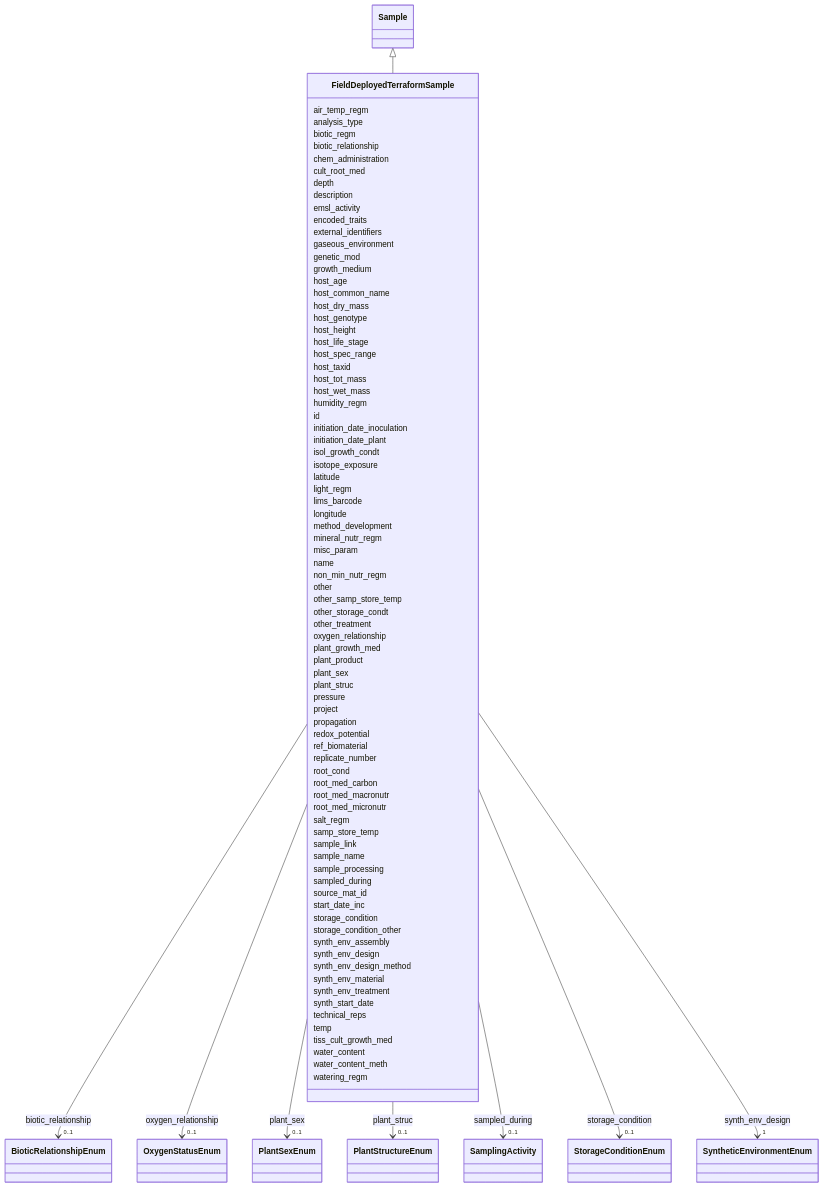
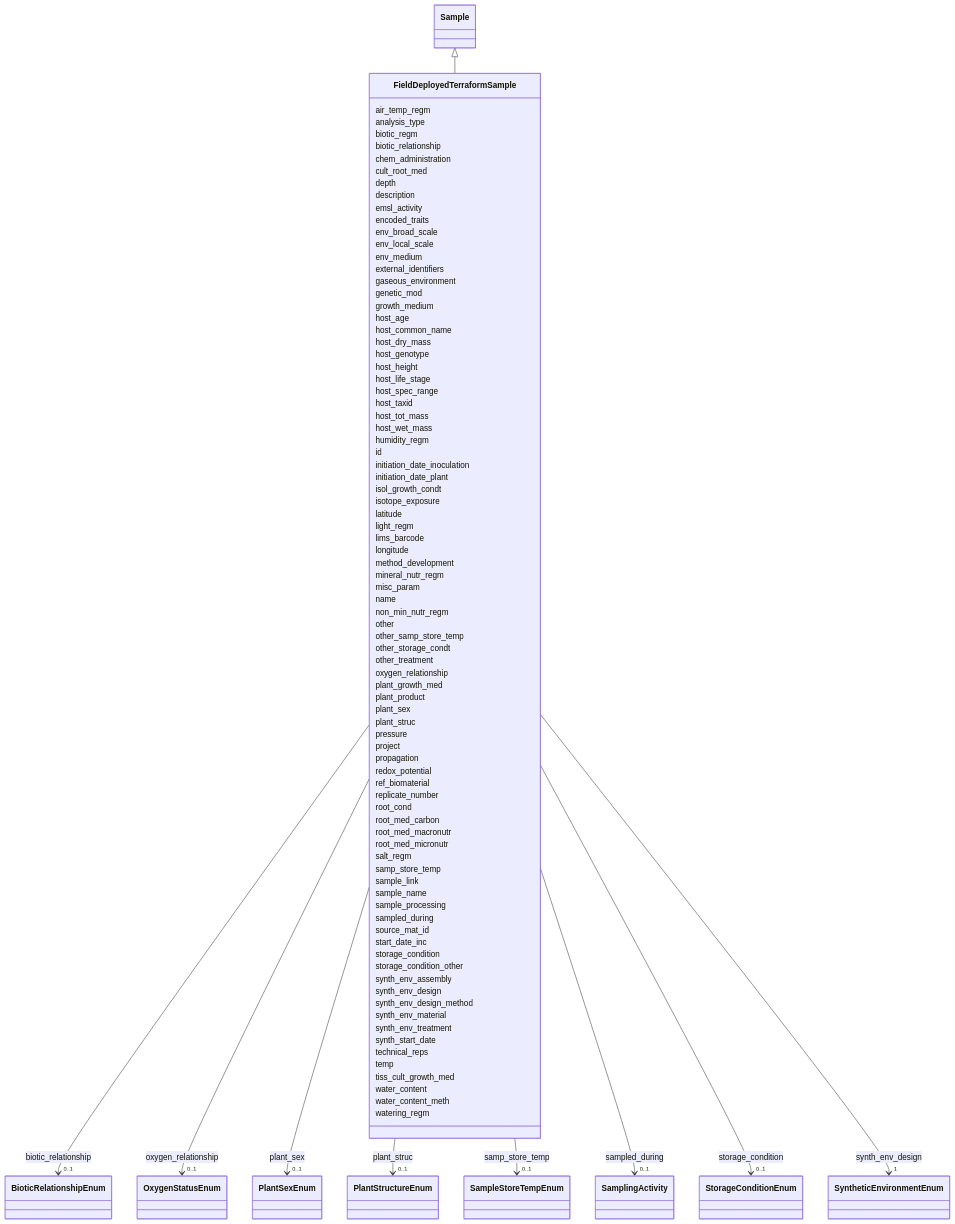
The diagram in docs/elements/FieldDeployedTerraformSample.md (EMSL-Computing/BASALT-Schema), drawn with Mermaid before and after one commit. The commit also changed other lines of this file and 388 other files, not shown here.

```diff
--- a/docs/elements/FieldDeployedTerraformSample.md
+++ b/docs/elements/FieldDeployedTerraformSample.md
@@ -52,6 +52,12 @@
       FieldDeployedTerraformSample : emsl_activity
         
       FieldDeployedTerraformSample : encoded_traits
+        
+      FieldDeployedTerraformSample : env_broad_scale
+        
+      FieldDeployedTerraformSample : env_local_scale
+        
+      FieldDeployedTerraformSample : env_medium
         
       FieldDeployedTerraformSample : external_identifiers
         
@@ -191,6 +197,11 @@
           
     
     
+    
+    
+    FieldDeployedTerraformSample --> "0..1" SampleStoreTempEnum : samp_store_temp
+    click SampleStoreTempEnum href "../SampleStoreTempEnum"
+    
 
         
       FieldDeployedTerraformSample : sample_link
```
